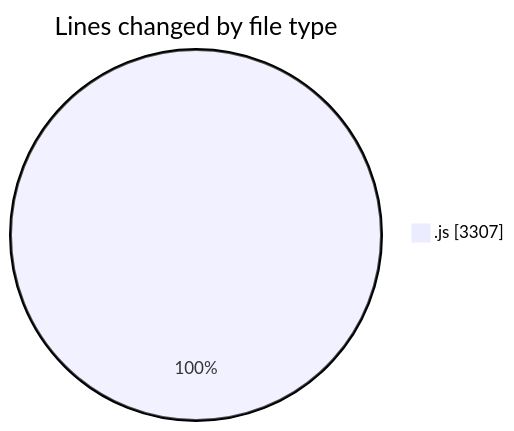
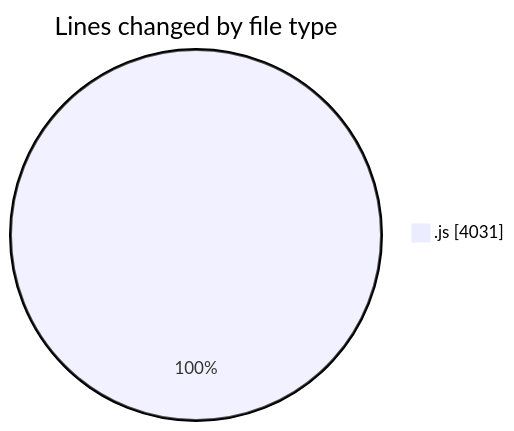
The first of 2 diagrams in 2025-10-15/nxtqube_webapp/README.md (nxtqubesakshisongat/code-tracking), drawn with Mermaid before and after one commit. The commit also changed other lines of this file and 1 other file, not shown here.

````diff
--- a/2025-10-15/nxtqube_webapp/README.md
+++ b/2025-10-15/nxtqube_webapp/README.md
@@ -21,5 +21,5 @@
 ```mermaid
 pie showData
 title Lines changed by file type
-".js" : 3307
+".js" : 4031
 ```
````
